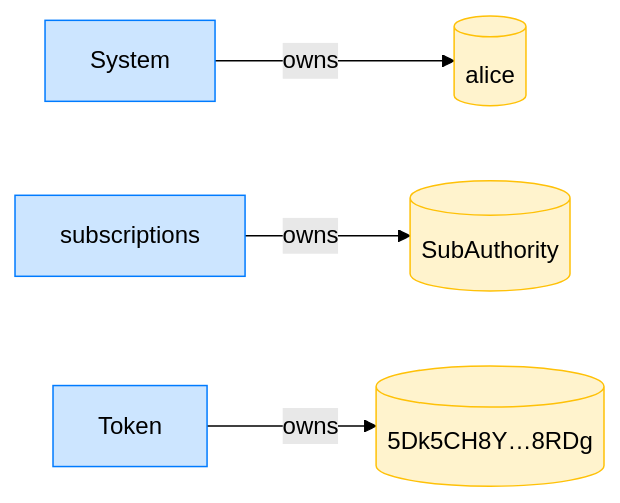
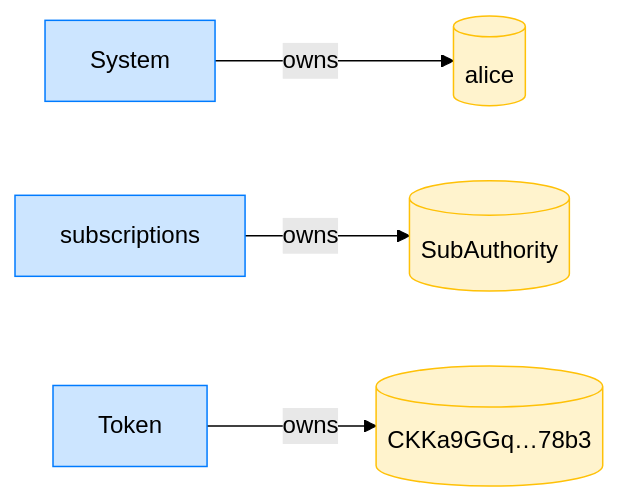
The fourth of 12 diagrams in dsl_tests/transfer-subscription--an-authorized-puller-pulls.md (cds-rs/subscriptions), drawn with Mermaid (forest theme) before and after one commit. The commit also changed other lines of this file and 224 other files, not shown here.

````diff
--- a/dsl_tests/transfer-subscription--an-authorized-puller-pulls.md
+++ b/dsl_tests/transfer-subscription--an-authorized-puller-pulls.md
@@ -73,14 +78,14 @@
 ```mermaid
 flowchart LR
     classDef owner fill:#cce5ff,stroke:#007bff;
     classDef account fill:#fff3cd,stroke:#ffc107;
     System[System]:::owner
     alice[(alice)]:::account
     subscriptions[subscriptions]:::owner
     SubAuthority[(SubAuthority)]:::account
     Token[Token]:::owner
-    5Dk5CH8Y_8RDg[("5Dk5CH8Y…8RDg")]:::account
+    CKKa9GGq_78b3[("CKKa9GGq…78b3")]:::account
     System -->|owns| alice
     subscriptions -->|owns| SubAuthority
-    Token -->|owns| 5Dk5CH8Y_8RDg
+    Token -->|owns| CKKa9GGq_78b3
 ```
````
